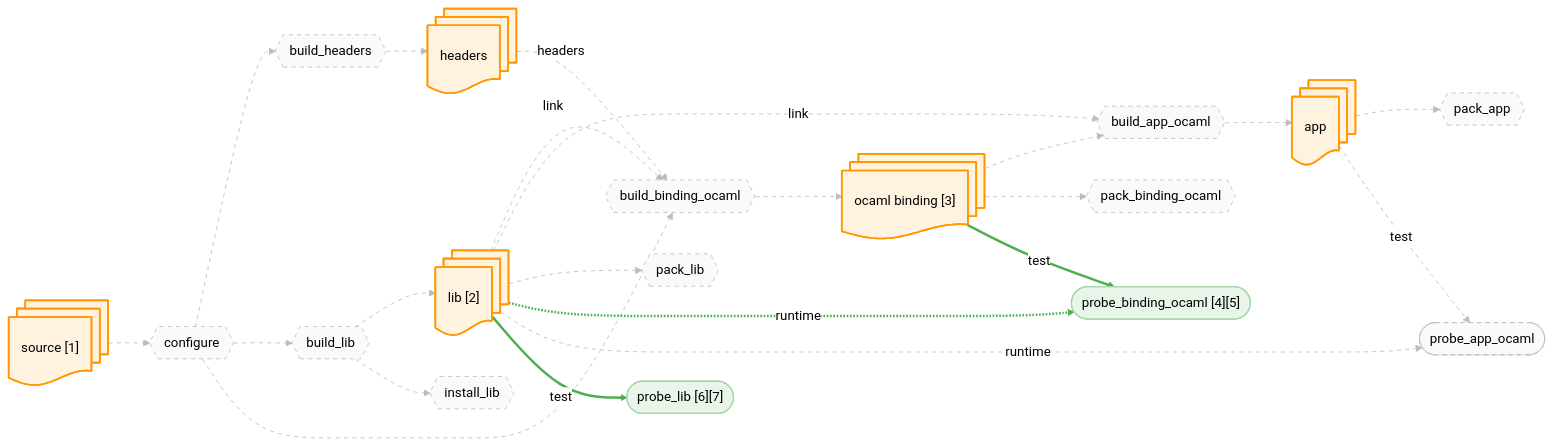
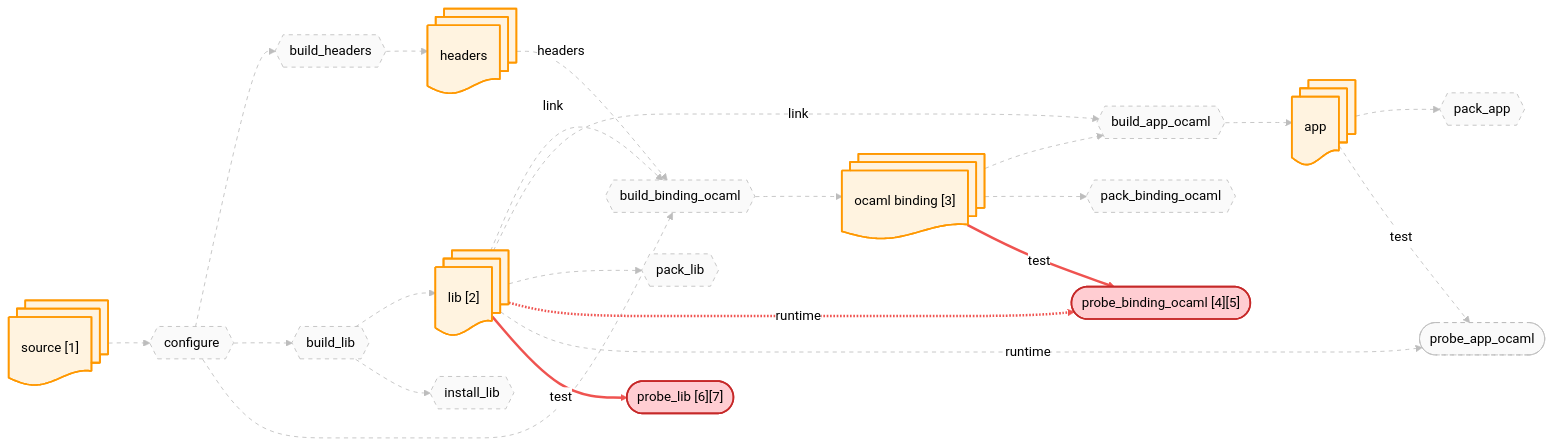
Before and after one commit to JHU-PL-Lab/tola: the diagram in docs/canary/projects/zstd/-run/diagrams/source.mmd, drawn with Mermaid (neutral theme). The commit also changed 64 other files, not shown here.

```diff
--- a/docs/canary/projects/zstd/-run/diagrams/source.mmd
+++ b/docs/canary/projects/zstd/-run/diagrams/source.mmd
@@ -1,85 +1,85 @@
 %% view: source
 graph LR
     source_node@{ shape: docs, label: "source [1]" }
     headers_node@{ shape: docs, label: "headers" }
     lib_node@{ shape: docs, label: "lib [2]" }
     app_node@{ shape: docs, label: "app" }
     ocaml_binding_node@{ shape: docs, label: "ocaml binding [3]" }
 
     A_configure{{"configure"}}
     A_build_headers{{"build_headers"}}
     A_build_lib{{"build_lib"}}
     A_build_binding_ocaml{{"build_binding_ocaml"}}
     A_build_app_ocaml{{"build_app_ocaml"}}
     A_install_lib{{"install_lib"}}
     A_pack_binding_ocaml{{"pack_binding_ocaml"}}
     A_pack_lib{{"pack_lib"}}
     A_pack_app{{"pack_app"}}
     A_probe_binding_ocaml(["probe_binding_ocaml [4][5]"])
     A_probe_app_ocaml(["probe_app_ocaml"])
     A_probe_lib(["probe_lib [6][7]"])
 
     source_node --> A_configure
     A_configure --> A_build_headers
     A_build_headers --> headers_node
     A_configure --> A_build_lib
     A_build_lib --> lib_node
     A_configure --> A_build_binding_ocaml
     headers_node -.->|headers| A_build_binding_ocaml
     lib_node -.->|link| A_build_binding_ocaml
     A_build_binding_ocaml --> ocaml_binding_node
     ocaml_binding_node --> A_build_app_ocaml
     lib_node -.->|link| A_build_app_ocaml
     A_build_app_ocaml --> app_node
     A_build_lib --> A_install_lib
     ocaml_binding_node --> A_pack_binding_ocaml
     lib_node --> A_pack_lib
     app_node --> A_pack_app
     ocaml_binding_node -->|test| A_probe_binding_ocaml
     lib_node -.->|runtime| A_probe_binding_ocaml
     app_node -->|test| A_probe_app_ocaml
     lib_node -.->|runtime| A_probe_app_ocaml
     lib_node -->|test| A_probe_lib
 
     classDef artifact fill:#fff3e0,stroke:#ff9800,stroke-width:2px
     classDef action fill:#f3e5f5,stroke:#9c27b0,stroke-width:2px
     classDef st_done fill:#c8e6c9,stroke:#4caf50,stroke-width:3px
     classDef st_done_ctx fill:#e8f5e9,stroke:#a5d6a7,stroke-width:1.5px
     classDef st_expected_fail fill:#fff9c4,stroke:#f9a825,stroke-width:2px
     classDef st_failed fill:#ffcdd2,stroke:#c62828,stroke-width:2px
     classDef st_skipped fill:#f5f5f5,stroke:#9e9e9e,stroke-dasharray:5
     classDef st_nospec fill:#fafafa,stroke:#bdbdbd,stroke-dasharray:5
     class source_node,headers_node,lib_node,app_node,ocaml_binding_node artifact
     class A_configure st_nospec
     class A_build_headers st_nospec
     class A_build_lib st_nospec
     class A_build_binding_ocaml st_nospec
     class A_build_app_ocaml st_nospec
     class A_install_lib st_nospec
     class A_pack_binding_ocaml st_nospec
     class A_pack_lib st_nospec
     class A_pack_app st_nospec
-    class A_probe_binding_ocaml st_done_ctx
+    class A_probe_binding_ocaml st_failed
     class A_probe_app_ocaml st_nospec
-    class A_probe_lib st_done_ctx
+    class A_probe_lib st_failed
     linkStyle 0 stroke:#bdbdbd,stroke-width:1px,stroke-dasharray:5
     linkStyle 1 stroke:#bdbdbd,stroke-width:1px,stroke-dasharray:5
     linkStyle 2 stroke:#bdbdbd,stroke-width:1px,stroke-dasharray:5
     linkStyle 3 stroke:#bdbdbd,stroke-width:1px,stroke-dasharray:5
     linkStyle 4 stroke:#bdbdbd,stroke-width:1px,stroke-dasharray:5
     linkStyle 5 stroke:#bdbdbd,stroke-width:1px,stroke-dasharray:5
     linkStyle 6 stroke:#bdbdbd,stroke-width:1px,stroke-dasharray:5
     linkStyle 7 stroke:#bdbdbd,stroke-width:1px,stroke-dasharray:5
     linkStyle 8 stroke:#bdbdbd,stroke-width:1px,stroke-dasharray:5
     linkStyle 9 stroke:#bdbdbd,stroke-width:1px,stroke-dasharray:5
     linkStyle 10 stroke:#bdbdbd,stroke-width:1px,stroke-dasharray:5
     linkStyle 11 stroke:#bdbdbd,stroke-width:1px,stroke-dasharray:5
     linkStyle 12 stroke:#bdbdbd,stroke-width:1px,stroke-dasharray:5
     linkStyle 13 stroke:#bdbdbd,stroke-width:1px,stroke-dasharray:5
     linkStyle 14 stroke:#bdbdbd,stroke-width:1px,stroke-dasharray:5
     linkStyle 15 stroke:#bdbdbd,stroke-width:1px,stroke-dasharray:5
-    linkStyle 16 stroke:#4caf50,stroke-width:3px
-    linkStyle 17 stroke:#4caf50,stroke-width:3px
+    linkStyle 16 stroke:#ef5350,stroke-width:3px
+    linkStyle 17 stroke:#ef5350,stroke-width:3px
     linkStyle 18 stroke:#bdbdbd,stroke-width:1px,stroke-dasharray:5
     linkStyle 19 stroke:#bdbdbd,stroke-width:1px,stroke-dasharray:5
-    linkStyle 20 stroke:#4caf50,stroke-width:3px
+    linkStyle 20 stroke:#ef5350,stroke-width:3px
```
